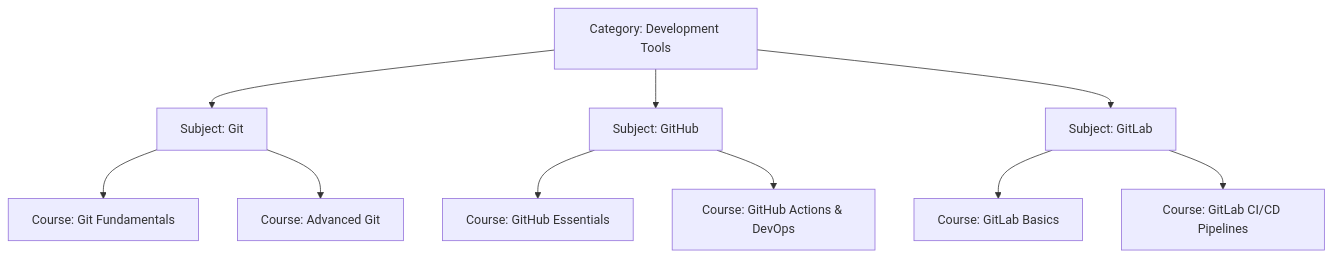
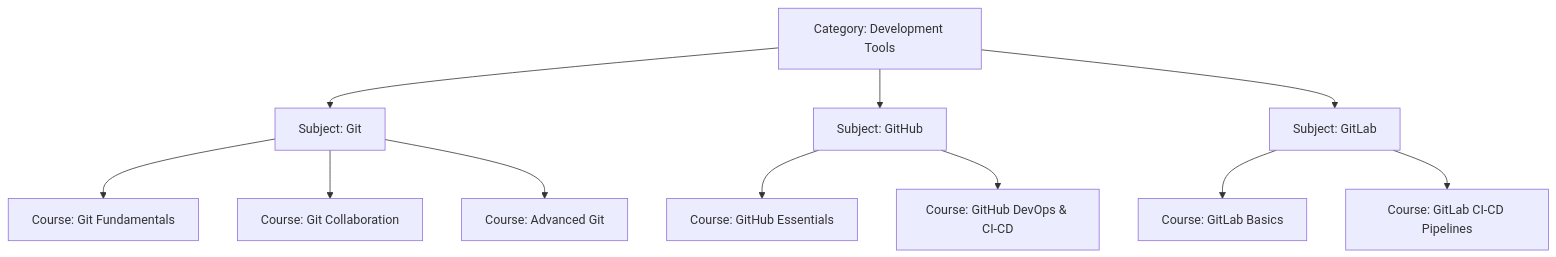
One commit to rajasekarrk96/study_material changed the diagram in docs/notes preparing implementation/_01_git/_01_01_git_github_gitlab_curriculum.md. Above: the diagram before and after it, drawn with Mermaid. The commit also changed other lines of this file and 19 other files, not shown here.

````diff
--- a/docs/notes preparing implementation/_01_git/_01_01_git_github_gitlab_curriculum.md
+++ b/docs/notes preparing implementation/_01_git/_01_01_git_github_gitlab_curriculum.md
@@ -19,15 +19,16 @@
 ```mermaid
 graph TD
     Cat[Category: Development Tools] --> SubGit[Subject: Git]
     Cat --> SubGH[Subject: GitHub]
     Cat --> SubGL[Subject: GitLab]
 
     SubGit --> CG1[Course: Git Fundamentals]
-    SubGit --> CG2[Course: Advanced Git]
+    SubGit --> CG2[Course: Git Collaboration]
+    SubGit --> CG3[Course: Advanced Git]
     
     SubGH --> CGH1[Course: GitHub Essentials]
-    SubGH --> CGH2[Course: GitHub Actions & DevOps]
+    SubGH --> CGH2[Course: GitHub DevOps & CI-CD]
     
     SubGL --> CGL1[Course: GitLab Basics]
-    SubGL --> CGL2[Course: GitLab CI/CD Pipelines]
+    SubGL --> CGL2[Course: GitLab CI-CD Pipelines]
 ```
````
